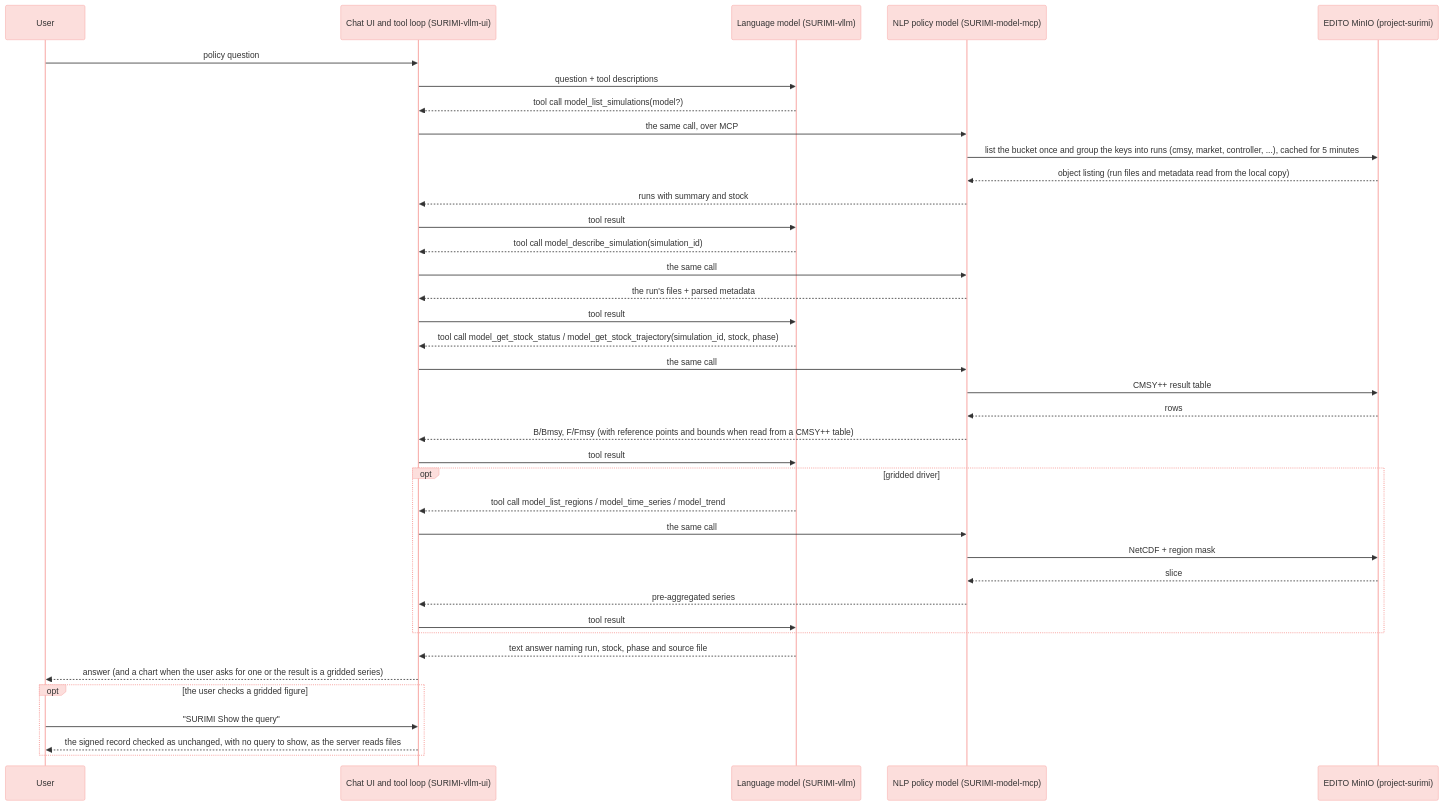
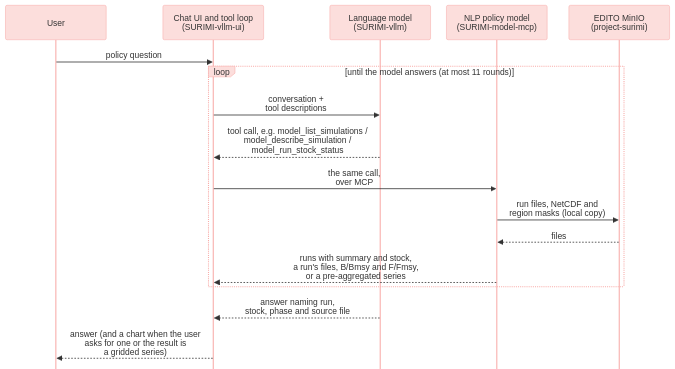
One commit to SURIMI-Project/SURIMI-project changed the diagram in deliverables/D3.9 - NLP policy model/D3.9 - NLP policy model.md. Above: the diagram before and after it, drawn with Mermaid. The commit also changed other lines of this file and 4 other files, not shown here.

````diff
--- a/deliverables/D3.9 - NLP policy model/D3.9 - NLP policy model.md
+++ b/deliverables/D3.9 - NLP policy model/D3.9 - NLP policy model.md
@@ -63,42 +63,21 @@
 ```mermaid
-%%{init: {'theme': 'base', 'themeVariables': {'primaryColor': '#FCDEDC', 'primaryBorderColor': '#F8ACA9', 'edgeLabelBackground': '#FFFFFF'}}}%%
+%%{init: {'theme': 'base', 'themeVariables': {'primaryColor': '#FCDEDC', 'primaryBorderColor': '#F8ACA9', 'edgeLabelBackground': '#FFFFFF', 'fontSize': '20px'}, 'sequence': {'mirrorActors': false, 'actorFontSize': 20, 'messageFontSize': 20, 'noteFontSize': 20, 'actorMargin': 30, 'width': 190, 'messageMargin': 38, 'boxMargin': 8}}}%%
 sequenceDiagram
     participant User as User
-    participant UI as Chat UI and tool loop (SURIMI-vllm-ui)
-    participant LLM as Language model (SURIMI-vllm)
-    participant MODEL as NLP policy model (SURIMI-model-mcp)
-    participant S3 as EDITO MinIO (project-surimi)
+    participant UI as Chat UI and tool loop<br/>(SURIMI-vllm-ui)
+    participant LLM as Language model<br/>(SURIMI-vllm)
+    participant MODEL as NLP policy model<br/>(SURIMI-model-mcp)
+    participant S3 as EDITO MinIO<br/>(project-surimi)
 
     User ->> UI: policy question
-    UI ->> LLM: question + tool descriptions
-    LLM -->> UI: tool call model_list_simulations(model?)
-    UI ->> MODEL: the same call, over MCP
-    MODEL ->> S3: list the bucket once and group the keys into runs (cmsy, market, controller, ...), cached for 5 minutes
-    S3 -->> MODEL: object listing (run files and metadata read from the local copy)
-    MODEL -->> UI: runs with summary and stock
-    UI ->> LLM: tool result
-    LLM -->> UI: tool call model_describe_simulation(simulation_id)
-    UI ->> MODEL: the same call
-    MODEL -->> UI: the run's files + parsed metadata
-    UI ->> LLM: tool result
-    LLM -->> UI: tool call model_get_stock_status / model_get_stock_trajectory(simulation_id, stock, phase)
-    UI ->> MODEL: the same call
-    MODEL ->> S3: CMSY++ result table
-    S3 -->> MODEL: rows
-    MODEL -->> UI: B/Bmsy, F/Fmsy (with reference points and bounds when read from a CMSY++ table)
-    UI ->> LLM: tool result
-    opt gridded driver
-        LLM -->> UI: tool call model_list_regions / model_time_series / model_trend
-        UI ->> MODEL: the same call
-        MODEL ->> S3: NetCDF + region mask
-        S3 -->> MODEL: slice
-        MODEL -->> UI: pre-aggregated series
-        UI ->> LLM: tool result
+    loop until the model answers (at most 11 rounds)
+        UI ->> LLM: conversation +<br/>tool descriptions
+        LLM -->> UI: tool call, e.g. model_list_simulations /<br/>model_describe_simulation /<br/>model_run_stock_status
+        UI ->> MODEL: the same call,<br/>over MCP
+        MODEL ->> S3: run files, NetCDF and<br/>region masks (local copy)
+        S3 -->> MODEL: files
+        MODEL -->> UI: runs with summary and stock,<br/>a run's files, B/Bmsy and F/Fmsy,<br/>or a pre-aggregated series
     end
-    LLM -->> UI: text answer naming run, stock, phase and source file
-    UI -->> User: answer (and a chart when the user asks for one or the result is a gridded series)
-    opt the user checks a gridded figure
-        User ->> UI: "SURIMI Show the query"
-        UI -->> User: the signed record checked as unchanged, with no query to show, as the server reads files
-    end
+    LLM -->> UI: answer naming run,<br/>stock, phase and source file
+    UI -->> User: answer (and a chart when the user<br/>asks for one or the result is<br/>a gridded series)
 ```
````
